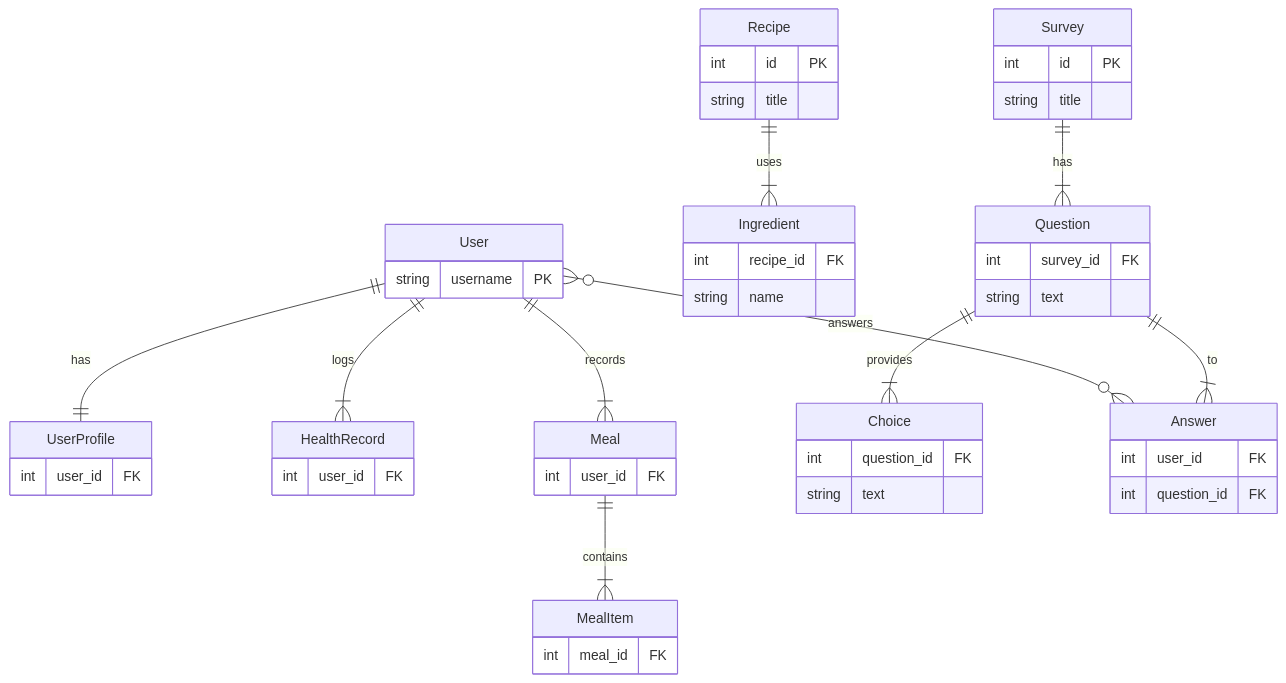
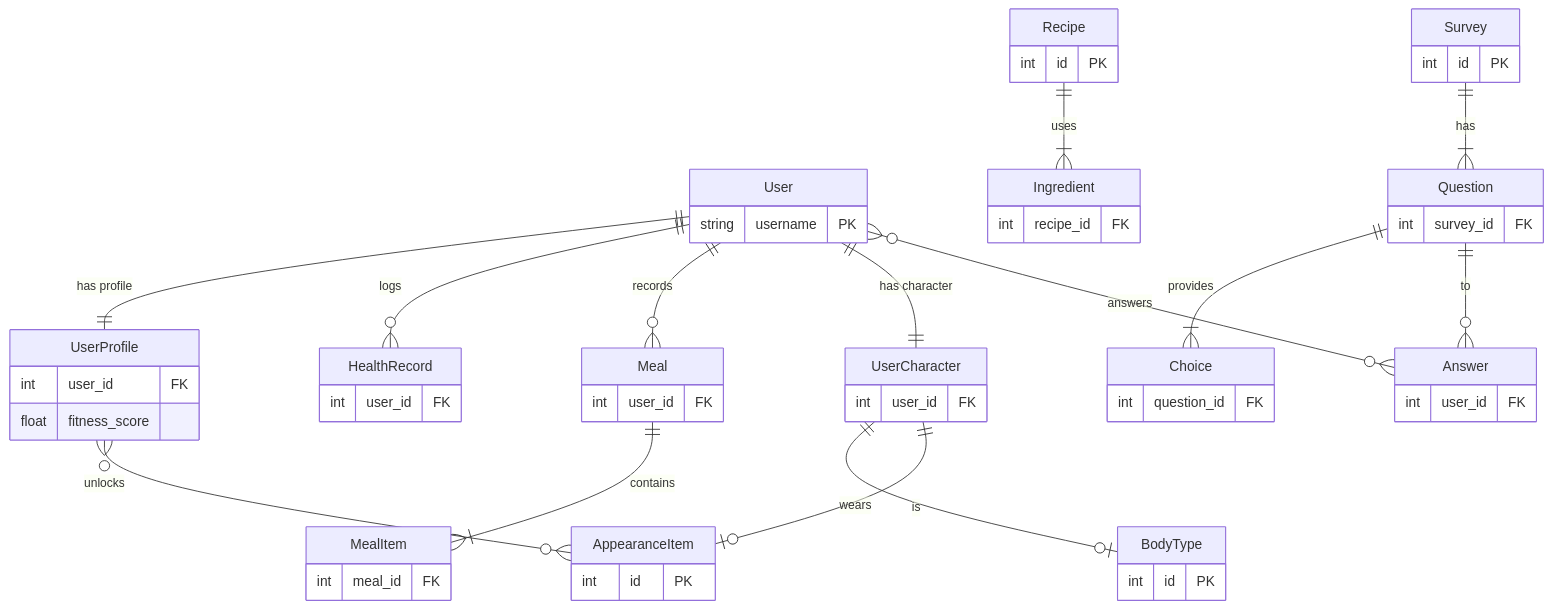
One commit to kyooblume/ms_heakthcare_app changed the diagram in docs/DATABASE_DESIGN.md. Above: the diagram before and after it, drawn with Mermaid. The commit also changed other lines of this file, not shown here.

````diff
--- a/docs/DATABASE_DESIGN.md
+++ b/docs/DATABASE_DESIGN.md
@@ -31,52 +34,60 @@
 ```mermaid
 erDiagram
     User {
         string username PK
     }
     UserProfile {
         int user_id FK
+        float fitness_score
     }
     HealthRecord {
         int user_id FK
     }
     Meal {
         int user_id FK
     }
     MealItem {
         int meal_id FK
     }
     Recipe {
         int id PK
-        string title
     }
     Ingredient {
         int recipe_id FK
-        string name
     }
     Survey {
         int id PK
-        string title
     }
     Question {
         int survey_id FK
-        string text
     }
     Choice {
         int question_id FK
-        string text
     }
     Answer {
         int user_id FK
-        int question_id FK
+    }
+    UserCharacter {
+        int user_id FK
+    }
+    BodyType {
+        int id PK
+    }
+    AppearanceItem {
+        int id PK
     }
 
-    User ||--|| UserProfile : "has"
-    User ||--|{ HealthRecord : "logs"
-    User ||--|{ Meal : "records"
+    User ||--|| UserProfile : "has profile"
+    User ||--o{ HealthRecord : "logs"
+    User ||--o{ Meal : "records"
+    User ||--|| UserCharacter : "has character"
     User }o--o{ Answer : "answers"
     Meal ||--|{ MealItem : "contains"
     Recipe ||--|{ Ingredient : "uses"
     Survey ||--|{ Question : "has"
     Question ||--|{ Choice : "provides"
-    Question ||--|{ Answer : "to"
+    Question ||--o{ Answer : "to"
+    UserCharacter ||--o| BodyType : "is"
+    UserCharacter ||--o| AppearanceItem : "wears"
+    UserProfile }o--o{ AppearanceItem : "unlocks"
 ```
````
